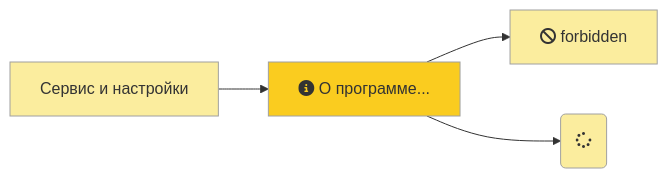
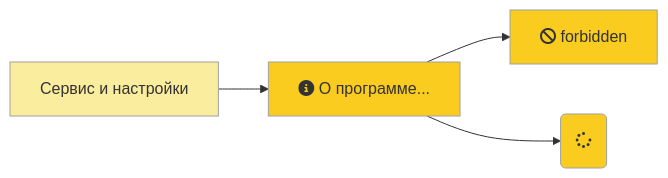
Before and after one commit to lugovoe/manual: the first of 5 diagrams in faq/crash/mermaid.md, drawn with Mermaid.

````diff
--- a/faq/crash/mermaid.md
+++ b/faq/crash/mermaid.md
@@ -3,8 +3,8 @@
 ```mermaid
 graph LR
-  m1[Сервис и настройки] --> m2[fa:fa-info-circle О программе...]:::contextmenu;
+  m1[Сервис и настройки]:::mainmenu --> m2[fa:fa-info-circle О программе...];
   m2 --> C[fa:fa-ban forbidden];
   m2 --> D(fa:fa-spinner);
-  classDef default fill:#fbed9e,stroke:#a0a0a0,stroke-width:1px;
-  classDef contextmenu fill:#facc1f;
+  classDef default fill:#facc1f,stroke:#a0a0a0,stroke-width:1px;
+  classDef mainmenu fill:#fbed9e;
 ```
````
